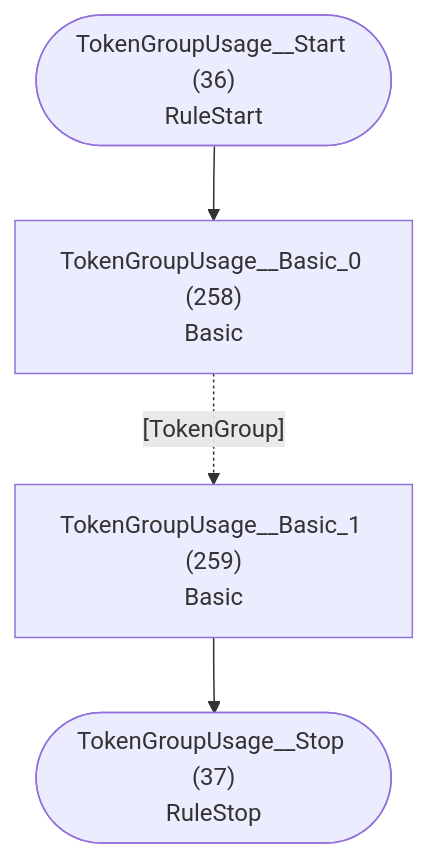
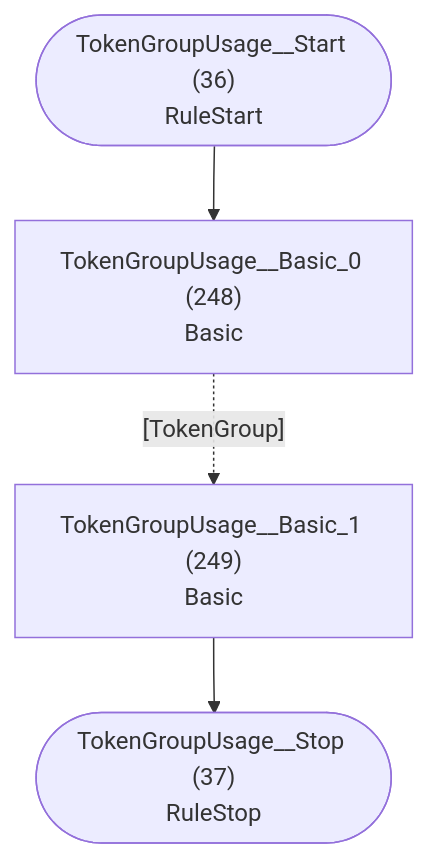
Diagram 19 of 40 in internal/grammar/atn.md (TypeFox/fastbelt), drawn with Mermaid before and after one commit. The commit also changed other lines of this file and 145 other files, not shown here.

````diff
--- a/internal/grammar/atn.md
+++ b/internal/grammar/atn.md
@@ -578,11 +556,11 @@
 ```mermaid
 flowchart TD
     q36(["TokenGroupUsage__Start (36)<br/>RuleStart"])
     q37(["TokenGroupUsage__Stop (37)<br/>RuleStop"])
-    q258["TokenGroupUsage__Basic_0 (258)<br/>Basic<br/>"]
-    q259["TokenGroupUsage__Basic_1 (259)<br/>Basic<br/>"]
+    q248["TokenGroupUsage__Basic_0 (248)<br/>Basic<br/>"]
+    q249["TokenGroupUsage__Basic_1 (249)<br/>Basic<br/>"]
 
-    q36 --> q258
-    q258 -.->|"[TokenGroup]"| q259
-    q259 --> q37
+    q36 --> q248
+    q248 -.->|"[TokenGroup]"| q249
+    q249 --> q37
 ```
````
